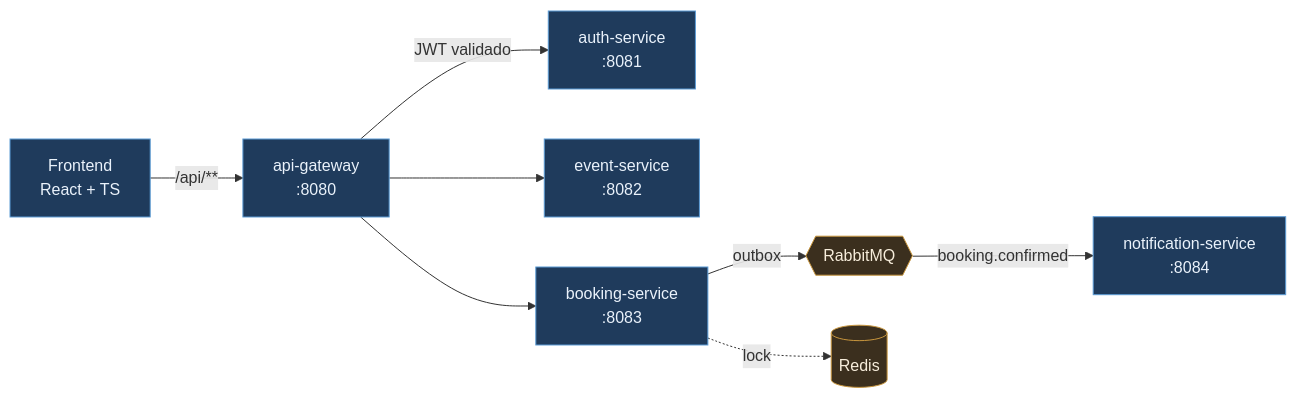
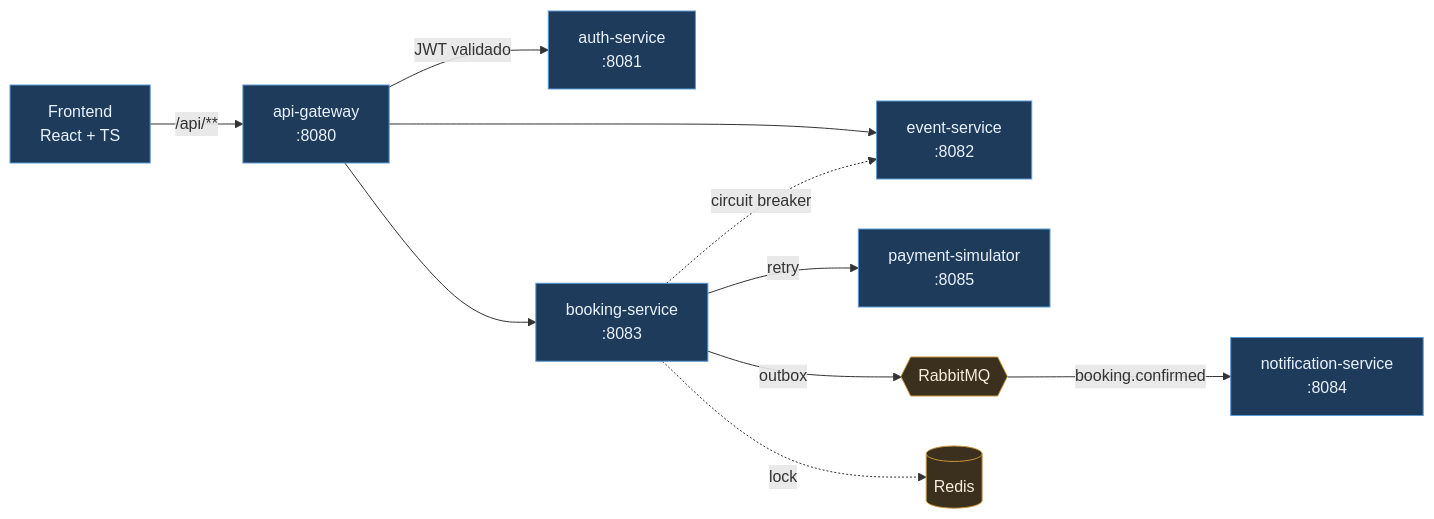
Before and after one commit to devBandeiraa/ticket-platform: the diagram in README.md, drawn with Mermaid. The commit also changed other lines of this file and 14 other files, not shown here.

````diff
--- a/README.md
+++ b/README.md
@@ -303,24 +391,27 @@
 ```mermaid
 flowchart LR
     F["Frontend<br/>React + TS"]
     G["api-gateway<br/>:8080"]
     A["auth-service<br/>:8081"]
     E["event-service<br/>:8082"]
     B["booking-service<br/>:8083"]
+    P["payment-simulator<br/>:8085"]
     Q{{"RabbitMQ"}}
     N["notification-service<br/>:8084"]
     R[("Redis")]
 
     F -->|"/api/**"| G
     G -->|JWT validado| A
     G --> E
     G --> B
+    B -.->|circuit breaker| E
+    B -->|retry| P
     B -->|outbox| Q
     Q -->|booking.confirmed| N
     B -.->|lock| R
 
     classDef svc fill:#1f3b5c,stroke:#5b9bd5,color:#eaf2fb
     classDef infra fill:#3b2f1e,stroke:#c8963e,color:#f7eddb
-    class F,G,A,E,B,N svc
+    class F,G,A,E,B,N,P svc
     class Q,R infra
 ```
````
